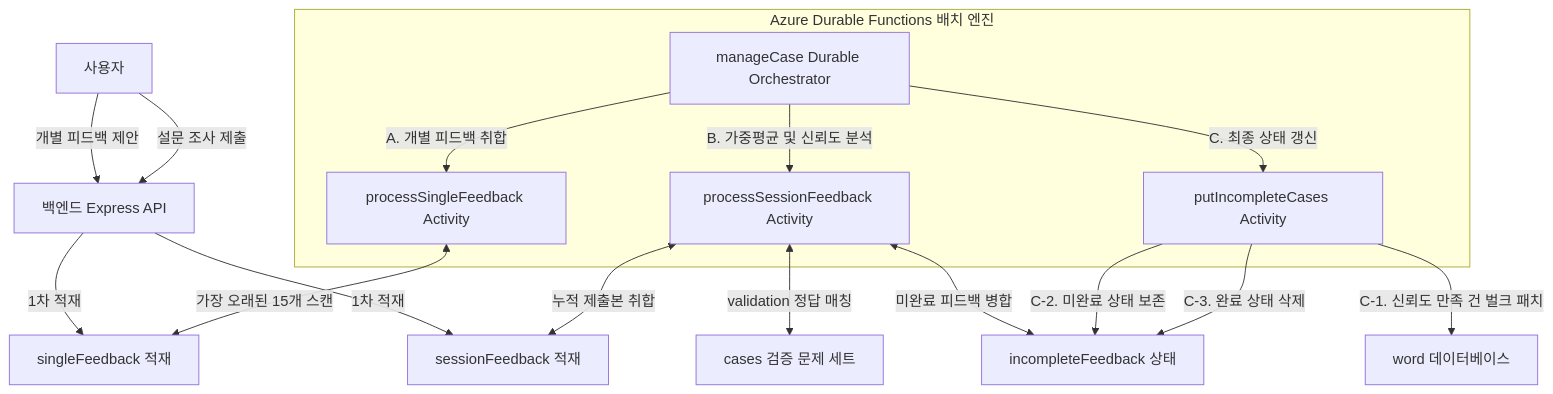
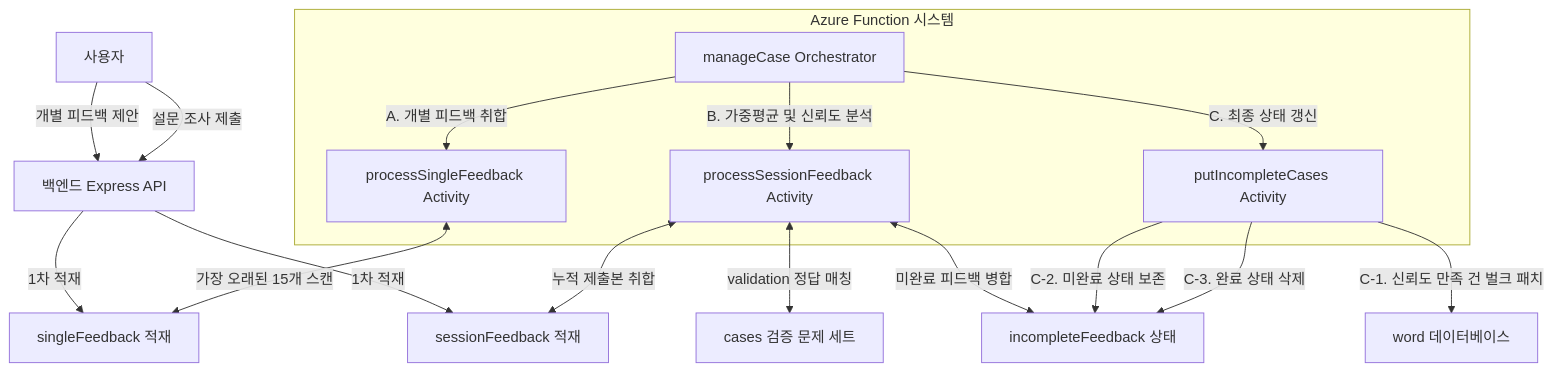
Before and after one commit to eel55114/synonym_dictionary: the third of 4 diagrams in README.md, drawn with Mermaid. The commit also changed other lines of this file, not shown here.

````diff
--- a/README.md
+++ b/README.md
@@ -194,37 +194,37 @@
 ```mermaid
 graph TD
     User["사용자"]
     BE["백엔드 Express API"]
     Cosmos_Single["singleFeedback 적재"]
     Cosmos_Session["sessionFeedback 적재"]
     Cosmos_Word["word 데이터베이스"]
     Cosmos_Incomplete["incompleteFeedback 상태"]
     Cosmos_Cases["cases 검증 문제 세트"]
 
-    subgraph Durable ["Azure Durable Functions 배치 엔진"]
-        DF_Orch["manageCase Durable Orchestrator"]
+    subgraph Function ["Azure Function 시스템"]
+        DF_Orch["manageCase Orchestrator"]
         Act_Single["processSingleFeedback Activity"]
         Act_Session["processSessionFeedback Activity"]
         Act_Put["putIncompleteCases Activity"]
     end
 
     %% 피드백 수집 흐름
     User -->|"개별 피드백 제안"| BE
     User -->|"설문 조사 제출"| BE
     BE -->|"1차 적재"| Cosmos_Single
     BE -->|"1차 적재"| Cosmos_Session
 
     %% 오케스트레이션 및 집계 흐름
     DF_Orch -->|"A. 개별 피드백 취합"| Act_Single
     Act_Single <-->|"가장 오래된 15개 스캔"| Cosmos_Single
 
     DF_Orch -->|"B. 가중평균 및 신뢰도 분석"| Act_Session
     Act_Session <-->|"validation 정답 매칭"| Cosmos_Cases
     Act_Session <-->|"누적 제출본 취합"| Cosmos_Session
     Act_Session <-->|"미완료 피드백 병합"| Cosmos_Incomplete
 
     DF_Orch -->|"C. 최종 상태 갱신"| Act_Put
     Act_Put -->|"C-1. 신뢰도 만족 건 벌크 패치"| Cosmos_Word
     Act_Put -->|"C-2. 미완료 상태 보존"| Cosmos_Incomplete
     Act_Put -->|"C-3. 완료 상태 삭제"| Cosmos_Incomplete
 ```
````
